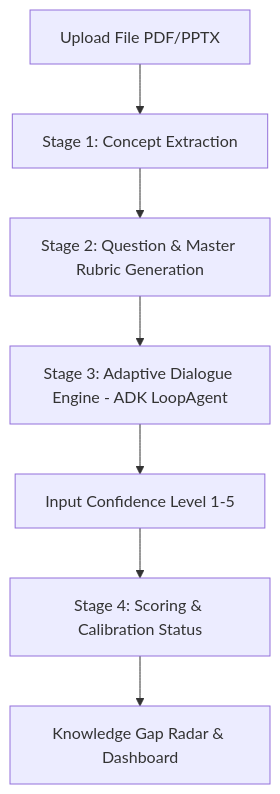
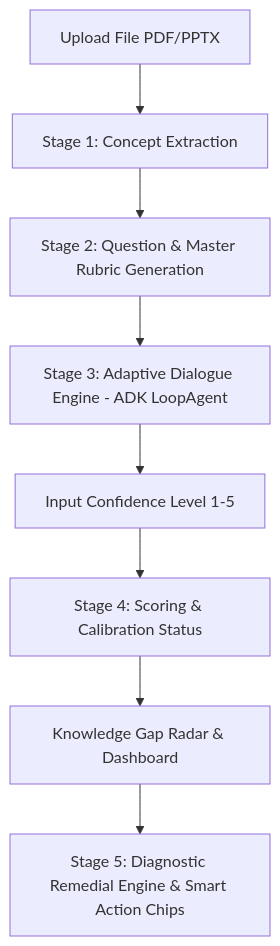
The diagram in README.md (zidan-maulana/Nalar), drawn with Mermaid before and after one commit. The commit also changed 4 other files, not shown here.

Commit message:
feat(ai): add Stage 5 Diagnostic Remedial Engine & Smart Action Chips

````diff
--- a/README.md
+++ b/README.md
@@ -40,9 +40,10 @@
 ```mermaid
 flowchart TD
     A[Upload File PDF/PPTX] --> B[Stage 1: Concept Extraction]
     B --> C[Stage 2: Question & Master Rubric Generation]
     C --> D[Stage 3: Adaptive Dialogue Engine - ADK LoopAgent]
     D --> E[Input Confidence Level 1-5]
     E --> F[Stage 4: Scoring & Calibration Status]
     F --> G[Knowledge Gap Radar & Dashboard]
+    G --> H[Stage 5: Diagnostic Remedial Engine & Smart Action Chips]
 ```
````
